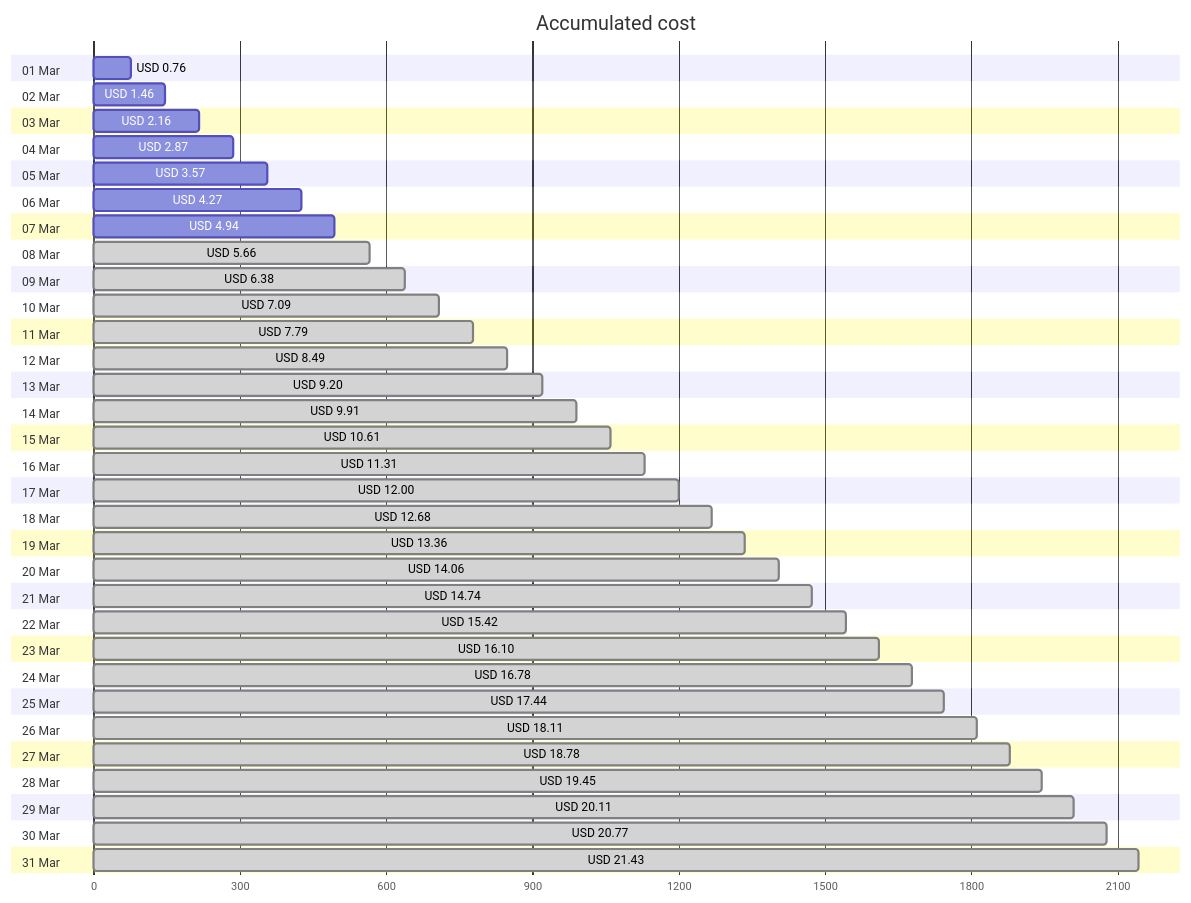
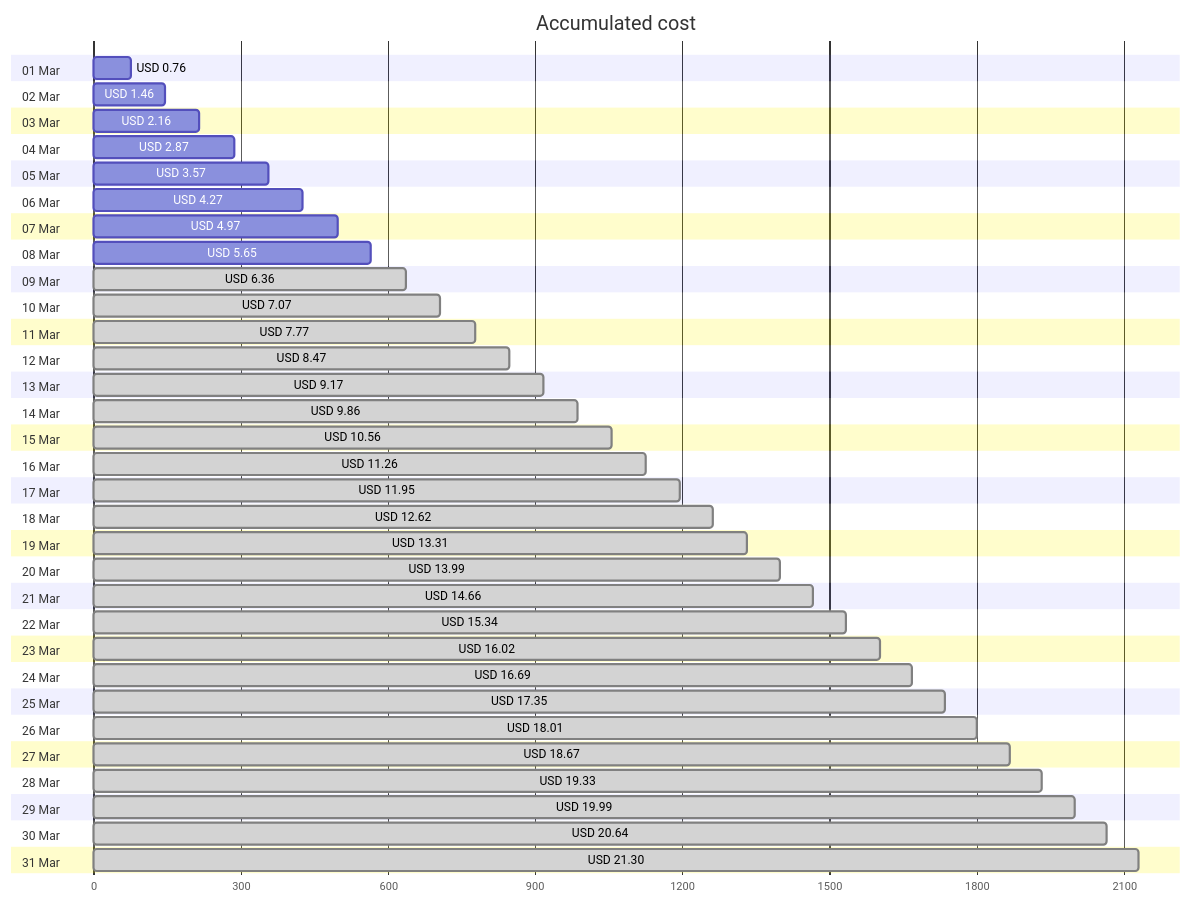
One commit to jpfulton/azure-personal-reports changed the first of 4 diagrams in cost-reports/personal-network/backup-server-data-disk.md. Above: the diagram before and after it, drawn with Mermaid. The commit also changed other lines of this file and 8 other files, not shown here.

````diff
--- a/cost-reports/personal-network/backup-server-data-disk.md
+++ b/cost-reports/personal-network/backup-server-data-disk.md
@@ -20,68 +20,68 @@
 ```mermaid
 gantt
    title Accumulated cost
    dateFormat  X
    axisFormat %s
    section 01 Mar
    USD 0.76 :0, 76
    section 02 Mar
    USD 1.46 :0, 146
    section 03 Mar
    USD 2.16 :0, 216
    section 04 Mar
    USD 2.87 :0, 287
    section 05 Mar
    USD 3.57 :0, 357
    section 06 Mar
    USD 4.27 :0, 427
    section 07 Mar
-   USD 4.94 :0, 494
+   USD 4.97 :0, 497
    section 08 Mar
-   USD 5.66 : done, 0, 566
+   USD 5.65 :0, 565
    section 09 Mar
-   USD 6.38 : done, 0, 638
+   USD 6.36 : done, 0, 636
    section 10 Mar
-   USD 7.09 : done, 0, 709
+   USD 7.07 : done, 0, 707
    section 11 Mar
-   USD 7.79 : done, 0, 779
+   USD 7.77 : done, 0, 777
    section 12 Mar
-   USD 8.49 : done, 0, 849
+   USD 8.47 : done, 0, 847
    section 13 Mar
-   USD 9.20 : done, 0, 920
+   USD 9.17 : done, 0, 917
    section 14 Mar
-   USD 9.91 : done, 0, 991
+   USD 9.86 : done, 0, 986
    section 15 Mar
-   USD 10.61 : done, 0, 1061
+   USD 10.56 : done, 0, 1056
    section 16 Mar
-   USD 11.31 : done, 0, 1131
+   USD 11.26 : done, 0, 1126
    section 17 Mar
-   USD 12.00 : done, 0, 1200
+   USD 11.95 : done, 0, 1195
    section 18 Mar
-   USD 12.68 : done, 0, 1268
+   USD 12.62 : done, 0, 1262
    section 19 Mar
-   USD 13.36 : done, 0, 1336
+   USD 13.31 : done, 0, 1331
    section 20 Mar
-   USD 14.06 : done, 0, 1406
+   USD 13.99 : done, 0, 1399
    section 21 Mar
-   USD 14.74 : done, 0, 1474
+   USD 14.66 : done, 0, 1466
    section 22 Mar
-   USD 15.42 : done, 0, 1542
+   USD 15.34 : done, 0, 1534
    section 23 Mar
-   USD 16.10 : done, 0, 1610
+   USD 16.02 : done, 0, 1602
    section 24 Mar
-   USD 16.78 : done, 0, 1678
+   USD 16.69 : done, 0, 1669
    section 25 Mar
-   USD 17.44 : done, 0, 1744
+   USD 17.35 : done, 0, 1735
    section 26 Mar
-   USD 18.11 : done, 0, 1811
+   USD 18.01 : done, 0, 1801
    section 27 Mar
-   USD 18.78 : done, 0, 1878
+   USD 18.67 : done, 0, 1867
    section 28 Mar
-   USD 19.45 : done, 0, 1945
+   USD 19.33 : done, 0, 1933
    section 29 Mar
-   USD 20.11 : done, 0, 2011
+   USD 19.99 : done, 0, 1999
    section 30 Mar
-   USD 20.77 : done, 0, 2077
+   USD 20.64 : done, 0, 2064
    section 31 Mar
-   USD 21.43 : done, 0, 2143
+   USD 21.30 : done, 0, 2130
 ```
````
